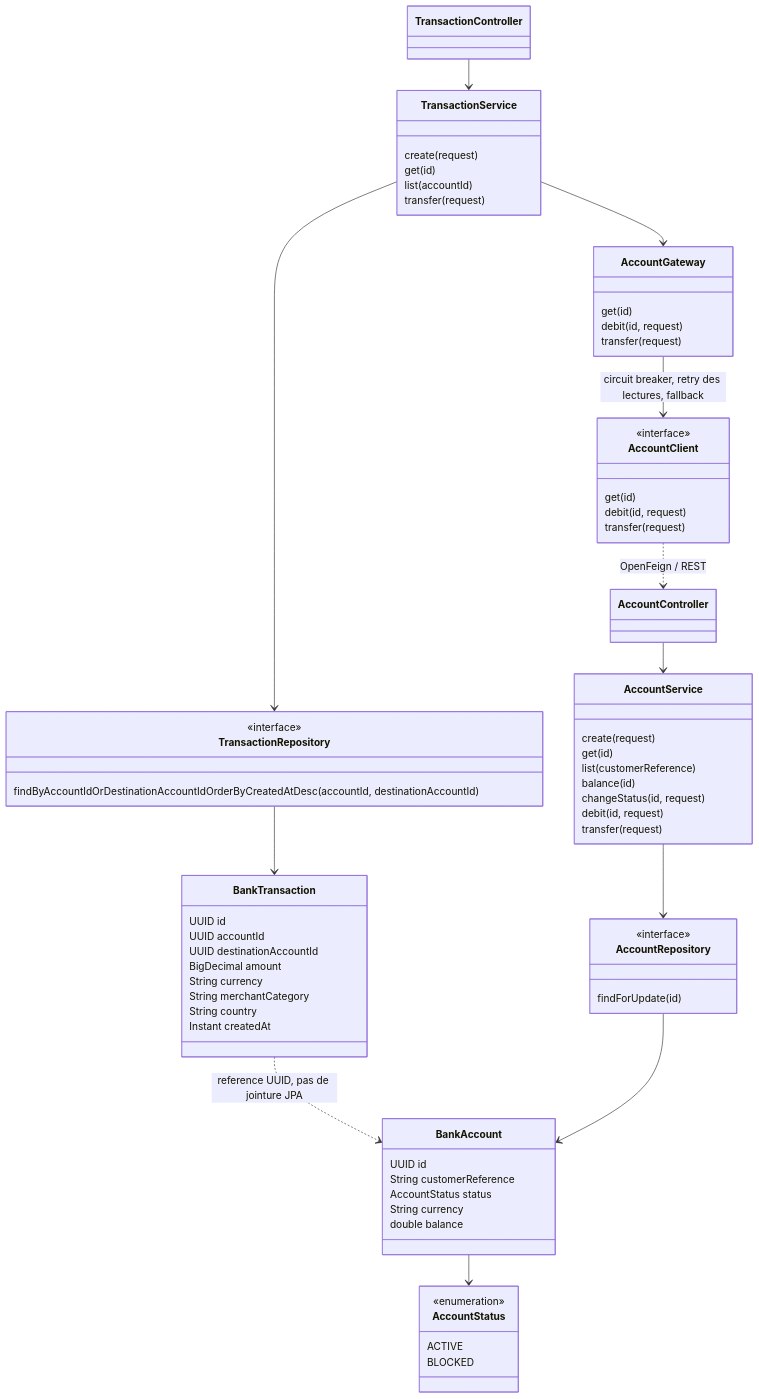
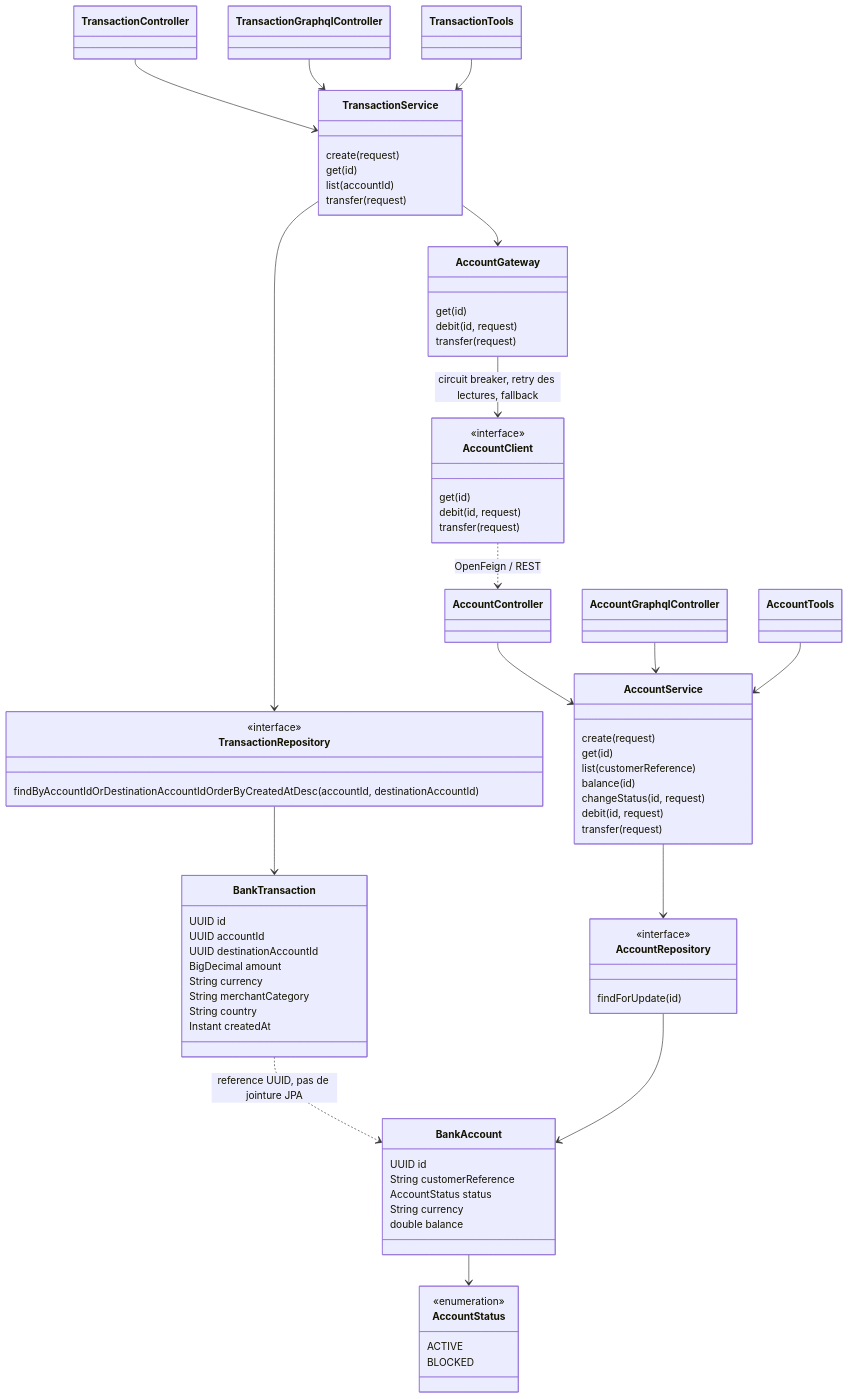
Before and after one commit to ilyasouazzani/OUAZZANI_TAYBI_Ilyas_test_adria_2027: the diagram in docs/diagramme-classes.mmd, drawn with Mermaid. The commit also changed 13 other files, not shown here.

Commit message:
feat: complete GraphQL connectors and gateway routing

```diff
--- a/docs/diagramme-classes.mmd
+++ b/docs/diagramme-classes.mmd
@@ -1,70 +1,78 @@
 classDiagram
     class BankAccount {
         UUID id
         String customerReference
         AccountStatus status
         String currency
         double balance
     }
     class AccountStatus {
         <<enumeration>>
         ACTIVE
         BLOCKED
     }
     class BankTransaction {
         UUID id
         UUID accountId
         UUID destinationAccountId
         BigDecimal amount
         String currency
         String merchantCategory
         String country
         Instant createdAt
     }
     class AccountService {
         create(request)
         get(id)
         list(customerReference)
         balance(id)
         changeStatus(id, request)
         debit(id, request)
         transfer(request)
     }
     class TransactionService {
         create(request)
         get(id)
         list(accountId)
         transfer(request)
     }
     class AccountClient {
         <<interface>>
         get(id)
         debit(id, request)
         transfer(request)
     }
     class AccountGateway {
         get(id)
         debit(id, request)
         transfer(request)
     }
     class AccountRepository {
         <<interface>>
         findForUpdate(id)
     }
     class TransactionRepository {
         <<interface>>
         findByAccountIdOrDestinationAccountIdOrderByCreatedAtDesc(accountId, destinationAccountId)
     }
     class AccountController
     class TransactionController
+    class AccountGraphqlController
+    class TransactionGraphqlController
+    class AccountTools
+    class TransactionTools
     BankAccount --> AccountStatus
     BankTransaction ..> BankAccount : reference UUID, pas de jointure JPA
     AccountController --> AccountService
+    AccountGraphqlController --> AccountService
+    AccountTools --> AccountService
     AccountService --> AccountRepository
     AccountRepository --> BankAccount
     TransactionController --> TransactionService
+    TransactionGraphqlController --> TransactionService
+    TransactionTools --> TransactionService
     TransactionService --> TransactionRepository
     TransactionRepository --> BankTransaction
     TransactionService --> AccountGateway
     AccountGateway --> AccountClient : circuit breaker, retry des lectures, fallback
     AccountClient ..> AccountController : OpenFeign / REST
```
